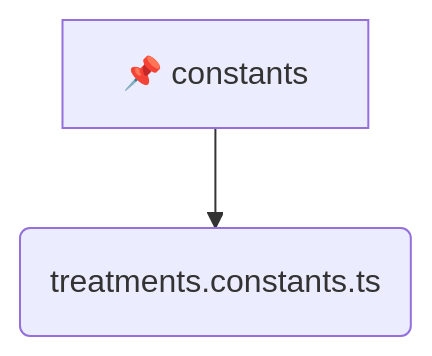
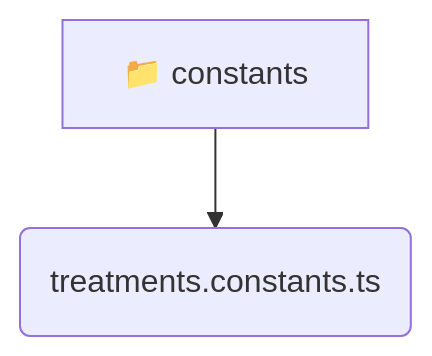
Before and after one commit to beginwebdev2002/fullstack-mavluda: the diagram in frontend/src/entities/treatments/constants/README.md, drawn with Mermaid. The commit also changed other lines of this file and 155 other files, not shown here.

````diff
--- a/frontend/src/entities/treatments/constants/README.md
+++ b/frontend/src/entities/treatments/constants/README.md
@@ -9,5 +11,5 @@
 ```mermaid
 graph TD
-  constants[📌 constants]
-  constants --> treatments_constants_ts(treatments.constants.ts)
+  constants[📁 constants]
+  constants --> constants_treatments_constants_ts(treatments.constants.ts)
 ```
````
